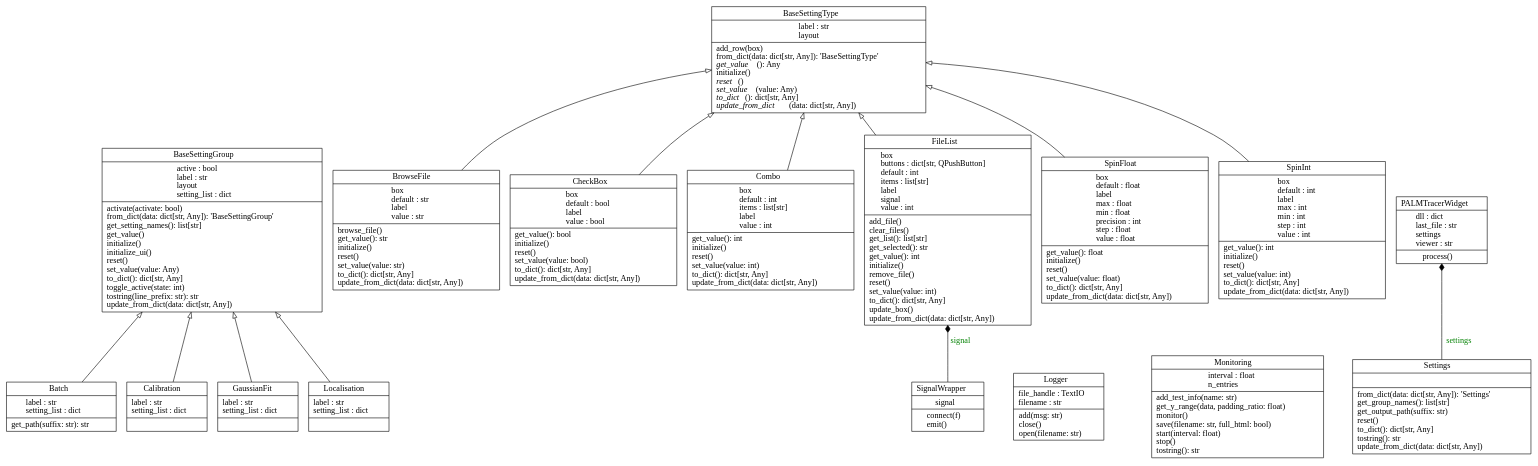
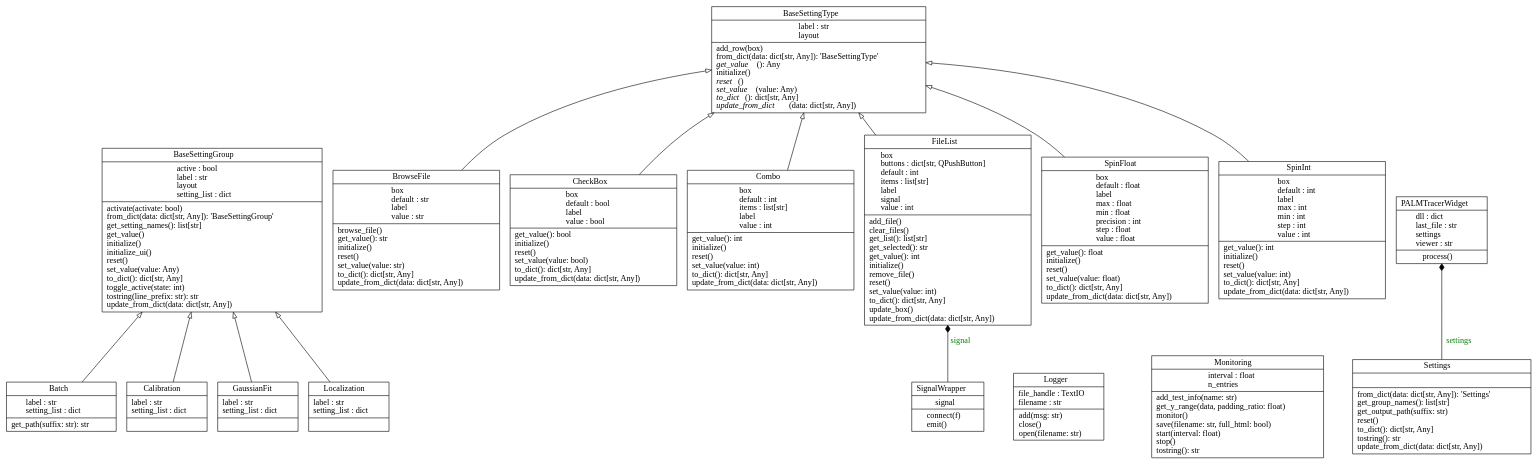
One commit to tmonseigne/palm-tracer changed the diagram in docs/_static/graph/classes_palm_tracer.dot. Above: the diagram before and after it, drawn with Graphviz. The commit also changed 13 other files, not shown here.

```diff
--- a/docs/_static/graph/classes_palm_tracer.dot
+++ b/docs/_static/graph/classes_palm_tracer.dot
@@ -1,33 +1,33 @@
 digraph "classes_palm_tracer" {
 rankdir=BT
 charset="utf-8"
 "palm_tracer.Settings.Groups.BaseSettingGroup.BaseSettingGroup" [color="black", fontcolor="black", label=<{BaseSettingGroup|active : bool<br ALIGN="LEFT"/>label : str<br ALIGN="LEFT"/>layout<br ALIGN="LEFT"/>setting_list : dict<br ALIGN="LEFT"/>|activate(activate: bool)<br ALIGN="LEFT"/>from_dict(data: dict[str, Any]): 'BaseSettingGroup'<br ALIGN="LEFT"/>get_setting_names(): list[str]<br ALIGN="LEFT"/>get_value()<br ALIGN="LEFT"/>initialize()<br ALIGN="LEFT"/>initialize_ui()<br ALIGN="LEFT"/>reset()<br ALIGN="LEFT"/>set_value(value: Any)<br ALIGN="LEFT"/>to_dict(): dict[str, Any]<br ALIGN="LEFT"/>toggle_active(state: int)<br ALIGN="LEFT"/>tostring(line_prefix: str): str<br ALIGN="LEFT"/>update_from_dict(data: dict[str, Any])<br ALIGN="LEFT"/>}>, shape="record", style="solid"];
 "palm_tracer.Settings.Types.BaseSettingType.BaseSettingType" [color="black", fontcolor="black", label=<{BaseSettingType|label : str<br ALIGN="LEFT"/>layout<br ALIGN="LEFT"/>|add_row(box)<br ALIGN="LEFT"/>from_dict(data: dict[str, Any]): 'BaseSettingType'<br ALIGN="LEFT"/><I>get_value</I>(): Any<br ALIGN="LEFT"/>initialize()<br ALIGN="LEFT"/><I>reset</I>()<br ALIGN="LEFT"/><I>set_value</I>(value: Any)<br ALIGN="LEFT"/><I>to_dict</I>(): dict[str, Any]<br ALIGN="LEFT"/><I>update_from_dict</I>(data: dict[str, Any])<br ALIGN="LEFT"/>}>, shape="record", style="solid"];
 "palm_tracer.Settings.Groups.Batch.Batch" [color="black", fontcolor="black", label=<{Batch|label : str<br ALIGN="LEFT"/>setting_list : dict<br ALIGN="LEFT"/>|get_path(suffix: str): str<br ALIGN="LEFT"/>}>, shape="record", style="solid"];
 "palm_tracer.Settings.Types.BrowseFile.BrowseFile" [color="black", fontcolor="black", label=<{BrowseFile|box<br ALIGN="LEFT"/>default : str<br ALIGN="LEFT"/>label<br ALIGN="LEFT"/>value : str<br ALIGN="LEFT"/>|browse_file()<br ALIGN="LEFT"/>get_value(): str<br ALIGN="LEFT"/>initialize()<br ALIGN="LEFT"/>reset()<br ALIGN="LEFT"/>set_value(value: str)<br ALIGN="LEFT"/>to_dict(): dict[str, Any]<br ALIGN="LEFT"/>update_from_dict(data: dict[str, Any])<br ALIGN="LEFT"/>}>, shape="record", style="solid"];
 "palm_tracer.Settings.Groups.Calibration.Calibration" [color="black", fontcolor="black", label=<{Calibration|label : str<br ALIGN="LEFT"/>setting_list : dict<br ALIGN="LEFT"/>|}>, shape="record", style="solid"];
 "palm_tracer.Settings.Types.CheckBox.CheckBox" [color="black", fontcolor="black", label=<{CheckBox|box<br ALIGN="LEFT"/>default : bool<br ALIGN="LEFT"/>label<br ALIGN="LEFT"/>value : bool<br ALIGN="LEFT"/>|get_value(): bool<br ALIGN="LEFT"/>initialize()<br ALIGN="LEFT"/>reset()<br ALIGN="LEFT"/>set_value(value: bool)<br ALIGN="LEFT"/>to_dict(): dict[str, Any]<br ALIGN="LEFT"/>update_from_dict(data: dict[str, Any])<br ALIGN="LEFT"/>}>, shape="record", style="solid"];
 "palm_tracer.Settings.Types.Combo.Combo" [color="black", fontcolor="black", label=<{Combo|box<br ALIGN="LEFT"/>default : int<br ALIGN="LEFT"/>items : list[str]<br ALIGN="LEFT"/>label<br ALIGN="LEFT"/>value : int<br ALIGN="LEFT"/>|get_value(): int<br ALIGN="LEFT"/>initialize()<br ALIGN="LEFT"/>reset()<br ALIGN="LEFT"/>set_value(value: int)<br ALIGN="LEFT"/>to_dict(): dict[str, Any]<br ALIGN="LEFT"/>update_from_dict(data: dict[str, Any])<br ALIGN="LEFT"/>}>, shape="record", style="solid"];
 "palm_tracer.Settings.Types.FileList.FileList" [color="black", fontcolor="black", label=<{FileList|box<br ALIGN="LEFT"/>buttons : dict[str, QPushButton]<br ALIGN="LEFT"/>default : int<br ALIGN="LEFT"/>items : list[str]<br ALIGN="LEFT"/>label<br ALIGN="LEFT"/>signal<br ALIGN="LEFT"/>value : int<br ALIGN="LEFT"/>|add_file()<br ALIGN="LEFT"/>clear_files()<br ALIGN="LEFT"/>get_list(): list[str]<br ALIGN="LEFT"/>get_selected(): str<br ALIGN="LEFT"/>get_value(): int<br ALIGN="LEFT"/>initialize()<br ALIGN="LEFT"/>remove_file()<br ALIGN="LEFT"/>reset()<br ALIGN="LEFT"/>set_value(value: int)<br ALIGN="LEFT"/>to_dict(): dict[str, Any]<br ALIGN="LEFT"/>update_box()<br ALIGN="LEFT"/>update_from_dict(data: dict[str, Any])<br ALIGN="LEFT"/>}>, shape="record", style="solid"];
 "palm_tracer.Settings.Groups.GaussianFit.GaussianFit" [color="black", fontcolor="black", label=<{GaussianFit|label : str<br ALIGN="LEFT"/>setting_list : dict<br ALIGN="LEFT"/>|}>, shape="record", style="solid"];
-"palm_tracer.Settings.Groups.Localisation.Localisation" [color="black", fontcolor="black", label=<{Localisation|label : str<br ALIGN="LEFT"/>setting_list : dict<br ALIGN="LEFT"/>|}>, shape="record", style="solid"];
+"palm_tracer.Settings.Groups.Localization.Localization" [color="black", fontcolor="black", label=<{Localization|label : str<br ALIGN="LEFT"/>setting_list : dict<br ALIGN="LEFT"/>|}>, shape="record", style="solid"];
 "palm_tracer.Tools.Logger.Logger" [color="black", fontcolor="black", label=<{Logger|file_handle : TextIO<br ALIGN="LEFT"/>filename : str<br ALIGN="LEFT"/>|add(msg: str)<br ALIGN="LEFT"/>close()<br ALIGN="LEFT"/>open(filename: str)<br ALIGN="LEFT"/>}>, shape="record", style="solid"];
 "palm_tracer.Tools.Monitoring.Monitoring" [color="black", fontcolor="black", label=<{Monitoring|interval : float<br ALIGN="LEFT"/>n_entries<br ALIGN="LEFT"/>|add_test_info(name: str)<br ALIGN="LEFT"/>get_y_range(data, padding_ratio: float)<br ALIGN="LEFT"/>monitor()<br ALIGN="LEFT"/>save(filename: str, full_html: bool)<br ALIGN="LEFT"/>start(interval: float)<br ALIGN="LEFT"/>stop()<br ALIGN="LEFT"/>tostring(): str<br ALIGN="LEFT"/>}>, shape="record", style="solid"];
 "palm_tracer.PALMTracerWidget.PALMTracerWidget" [color="black", fontcolor="black", label=<{PALMTracerWidget|dll : dict<br ALIGN="LEFT"/>last_file : str<br ALIGN="LEFT"/>settings<br ALIGN="LEFT"/>viewer : str<br ALIGN="LEFT"/>|process()<br ALIGN="LEFT"/>}>, shape="record", style="solid"];
 "palm_tracer.Settings.Settings.Settings" [color="black", fontcolor="black", label=<{Settings|<br ALIGN="LEFT"/>|from_dict(data: dict[str, Any]): 'Settings'<br ALIGN="LEFT"/>get_group_names(): list[str]<br ALIGN="LEFT"/>get_output_path(suffix: str)<br ALIGN="LEFT"/>reset()<br ALIGN="LEFT"/>to_dict(): dict[str, Any]<br ALIGN="LEFT"/>tostring(): str<br ALIGN="LEFT"/>update_from_dict(data: dict[str, Any])<br ALIGN="LEFT"/>}>, shape="record", style="solid"];
 "palm_tracer.Settings.Types.FileList.SignalWrapper" [color="black", fontcolor="black", label=<{SignalWrapper|signal<br ALIGN="LEFT"/>|connect(f)<br ALIGN="LEFT"/>emit()<br ALIGN="LEFT"/>}>, shape="record", style="solid"];
 "palm_tracer.Settings.Types.SpinFloat.SpinFloat" [color="black", fontcolor="black", label=<{SpinFloat|box<br ALIGN="LEFT"/>default : float<br ALIGN="LEFT"/>label<br ALIGN="LEFT"/>max : float<br ALIGN="LEFT"/>min : float<br ALIGN="LEFT"/>precision : int<br ALIGN="LEFT"/>step : float<br ALIGN="LEFT"/>value : float<br ALIGN="LEFT"/>|get_value(): float<br ALIGN="LEFT"/>initialize()<br ALIGN="LEFT"/>reset()<br ALIGN="LEFT"/>set_value(value: float)<br ALIGN="LEFT"/>to_dict(): dict[str, Any]<br ALIGN="LEFT"/>update_from_dict(data: dict[str, Any])<br ALIGN="LEFT"/>}>, shape="record", style="solid"];
 "palm_tracer.Settings.Types.SpinInt.SpinInt" [color="black", fontcolor="black", label=<{SpinInt|box<br ALIGN="LEFT"/>default : int<br ALIGN="LEFT"/>label<br ALIGN="LEFT"/>max : int<br ALIGN="LEFT"/>min : int<br ALIGN="LEFT"/>step : int<br ALIGN="LEFT"/>value : int<br ALIGN="LEFT"/>|get_value(): int<br ALIGN="LEFT"/>initialize()<br ALIGN="LEFT"/>reset()<br ALIGN="LEFT"/>set_value(value: int)<br ALIGN="LEFT"/>to_dict(): dict[str, Any]<br ALIGN="LEFT"/>update_from_dict(data: dict[str, Any])<br ALIGN="LEFT"/>}>, shape="record", style="solid"];
 "palm_tracer.Settings.Groups.Batch.Batch" -> "palm_tracer.Settings.Groups.BaseSettingGroup.BaseSettingGroup" [arrowhead="empty", arrowtail="none"];
 "palm_tracer.Settings.Groups.Calibration.Calibration" -> "palm_tracer.Settings.Groups.BaseSettingGroup.BaseSettingGroup" [arrowhead="empty", arrowtail="none"];
 "palm_tracer.Settings.Groups.GaussianFit.GaussianFit" -> "palm_tracer.Settings.Groups.BaseSettingGroup.BaseSettingGroup" [arrowhead="empty", arrowtail="none"];
-"palm_tracer.Settings.Groups.Localisation.Localisation" -> "palm_tracer.Settings.Groups.BaseSettingGroup.BaseSettingGroup" [arrowhead="empty", arrowtail="none"];
+"palm_tracer.Settings.Groups.Localization.Localization" -> "palm_tracer.Settings.Groups.BaseSettingGroup.BaseSettingGroup" [arrowhead="empty", arrowtail="none"];
 "palm_tracer.Settings.Types.BrowseFile.BrowseFile" -> "palm_tracer.Settings.Types.BaseSettingType.BaseSettingType" [arrowhead="empty", arrowtail="none"];
 "palm_tracer.Settings.Types.CheckBox.CheckBox" -> "palm_tracer.Settings.Types.BaseSettingType.BaseSettingType" [arrowhead="empty", arrowtail="none"];
 "palm_tracer.Settings.Types.Combo.Combo" -> "palm_tracer.Settings.Types.BaseSettingType.BaseSettingType" [arrowhead="empty", arrowtail="none"];
 "palm_tracer.Settings.Types.FileList.FileList" -> "palm_tracer.Settings.Types.BaseSettingType.BaseSettingType" [arrowhead="empty", arrowtail="none"];
 "palm_tracer.Settings.Types.SpinFloat.SpinFloat" -> "palm_tracer.Settings.Types.BaseSettingType.BaseSettingType" [arrowhead="empty", arrowtail="none"];
 "palm_tracer.Settings.Types.SpinInt.SpinInt" -> "palm_tracer.Settings.Types.BaseSettingType.BaseSettingType" [arrowhead="empty", arrowtail="none"];
 "palm_tracer.Settings.Settings.Settings" -> "palm_tracer.PALMTracerWidget.PALMTracerWidget" [arrowhead="diamond", arrowtail="none", fontcolor="green", label="settings", style="solid"];
 "palm_tracer.Settings.Types.FileList.SignalWrapper" -> "palm_tracer.Settings.Types.FileList.FileList" [arrowhead="diamond", arrowtail="none", fontcolor="green", label="signal", style="solid"];
 }
```
